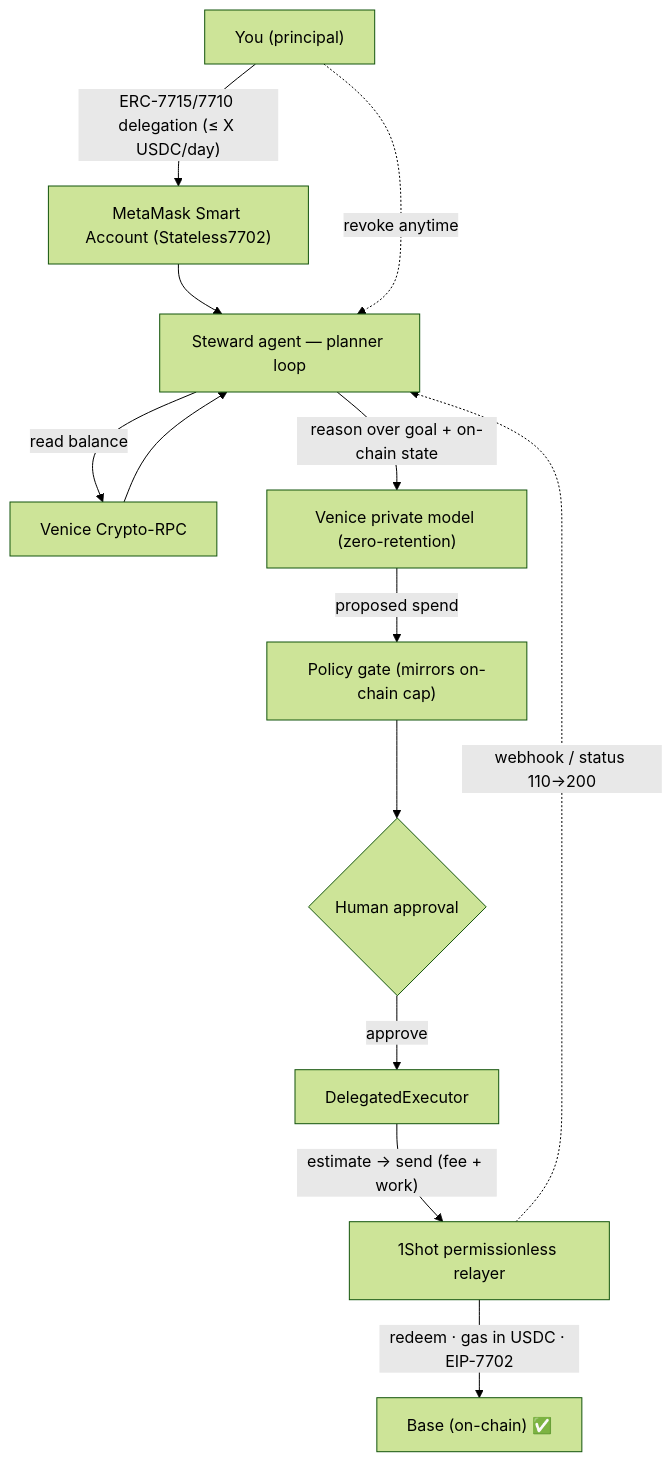
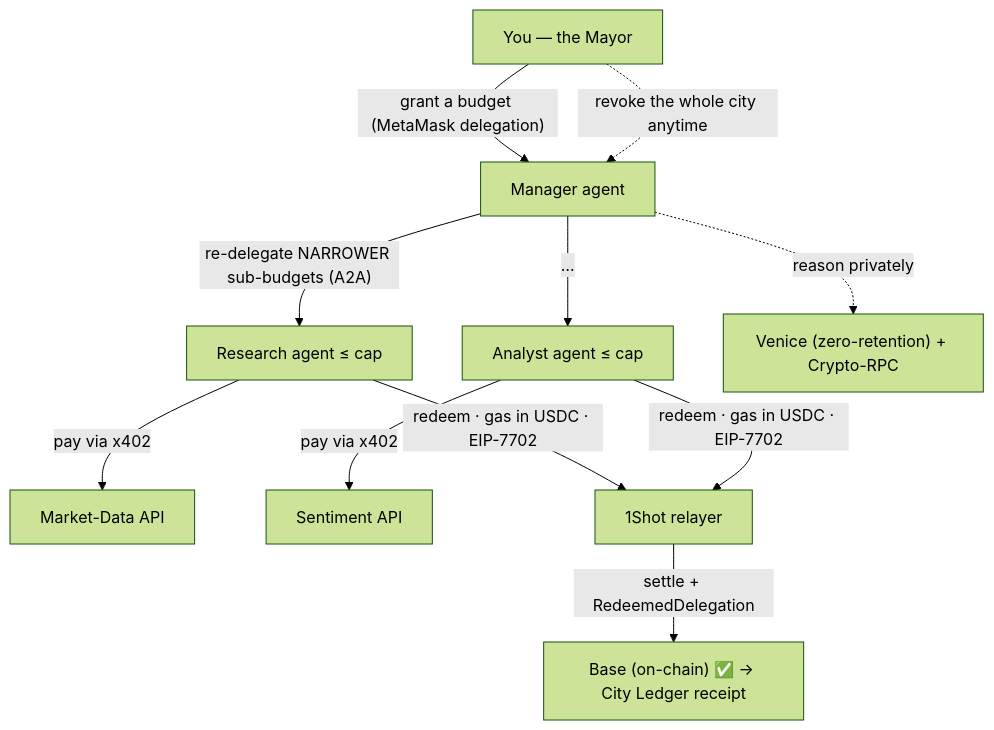
Before and after one commit to KaranSinghBisht/agent-city: the diagram in README.md, drawn with Mermaid (forest theme). The commit also changed other lines of this file and 4 other files, not shown here.

First line of the commit message:
Audit fixes (docs/claims): honest README -> Agent City, demo script, proofs, wording

````diff
--- a/README.md
+++ b/README.md
@@ -42,15 +30,12 @@
 ```mermaid
 flowchart TD
-  U["You (principal)"] -->|"ERC-7715/7710 delegation (≤ X USDC/day)"| SA["MetaMask Smart Account (Stateless7702)"]
-  SA --> AG["Steward agent — planner loop"]
-  AG -->|"read balance"| VR["Venice Crypto-RPC"]
-  VR --> AG
-  AG -->|"reason over goal + on-chain state"| VM["Venice private model (zero-retention)"]
-  VM -->|"proposed spend"| PG["Policy gate (mirrors on-chain cap)"]
-  PG --> H{"Human approval"}
-  H -->|approve| EX["DelegatedExecutor"]
-  EX -->|"estimate → send (fee + work)"| R["1Shot permissionless relayer"]
-  R -->|"redeem · gas in USDC · EIP-7702"| CH["Base (on-chain) ✅"]
-  R -.->|"webhook / status 110→200"| AG
-  U -.->|"revoke anytime"| AG
+  U["You — the Mayor"] -->|"grant a budget (MetaMask delegation)"| M["Manager agent"]
+  M -->|"re-delegate NARROWER sub-budgets (A2A)"| W1["Research agent ≤ cap"]
+  M -->|"…"| W2["Analyst agent ≤ cap"]
+  W1 -->|"pay via x402"| S1["Market-Data API"]
+  W2 -->|"pay via x402"| S2["Sentiment API"]
+  W1 & W2 -->|"redeem · gas in USDC · EIP-7702"| R["1Shot relayer"]
+  R -->|"settle + RedeemedDelegation"| CH["Base (on-chain) ✅ → City Ledger receipt"]
+  U -.->|"revoke the whole city anytime"| M
+  M -.->|"reason privately"| V["Venice (zero-retention) + Crypto-RPC"]
 ```
````
